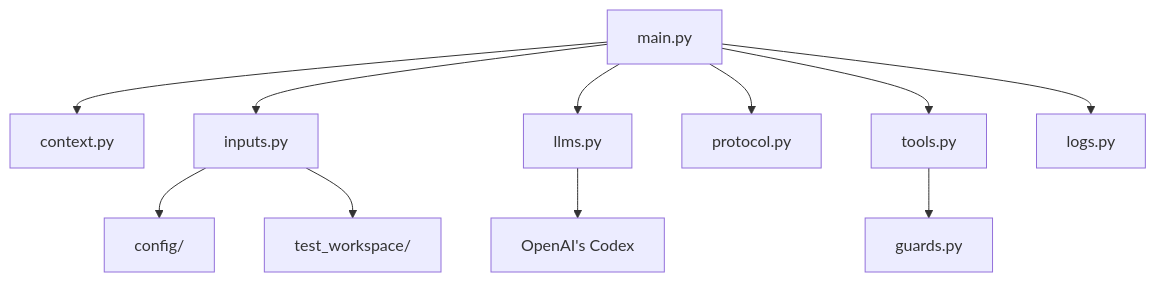
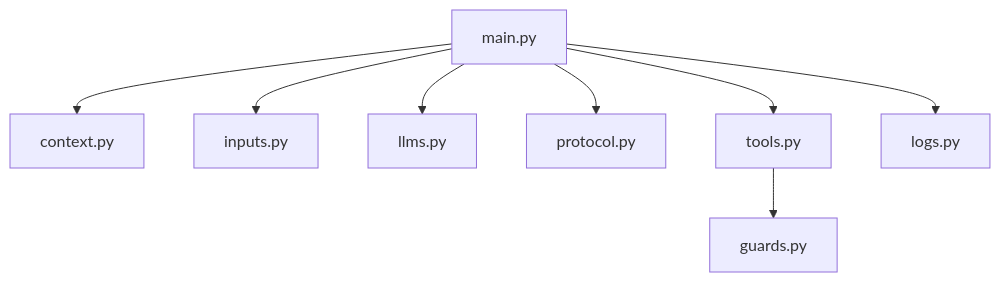
One commit to mtov/minixx changed the second of 2 diagrams in README.md. Above: the diagram before and after it, drawn with Mermaid.

Commit message:
docs: simplify architecture diagram in README

````diff
--- a/README.md
+++ b/README.md
@@ -66,25 +66,19 @@
 ```mermaid
 flowchart TD
     A["main.py"]
     B["context.py"]
     C["inputs.py"]
     D["llms.py"]
     E["protocol.py"]
     F["tools.py"]
     G["logs.py"]
     H["guards.py"]
-    I["config/"]
-    J["test_workspace/"]
-    K["OpenAI's Codex"]
 
     A --> B
     A --> C
     A --> D
     A --> E
     A --> F
     A --> G
     F --> H
-    C --> I
-    C --> J
-    D --> K
 ```
````
